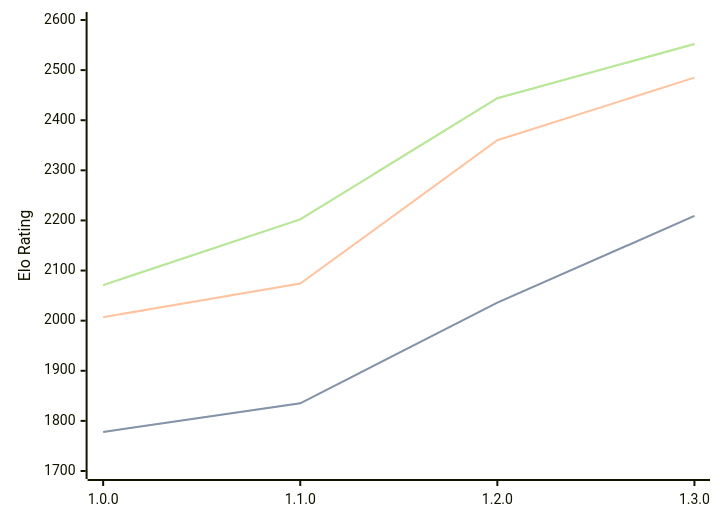
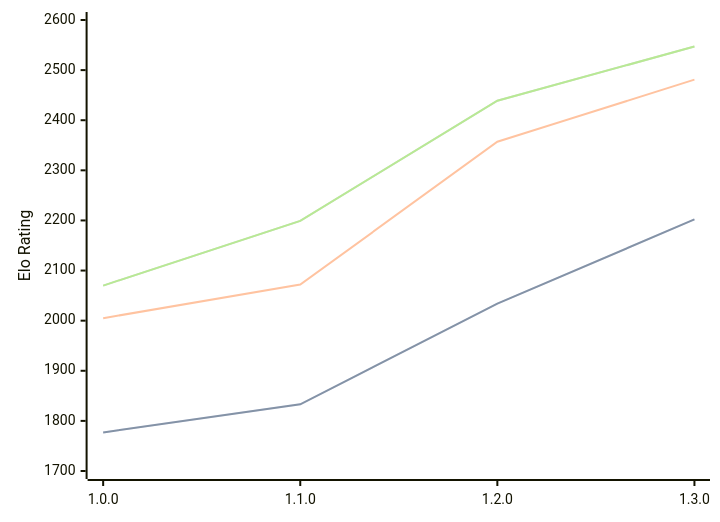
Before and after one commit to computer-chess-index/cci: the diagram in engines/Anodos.md, drawn with Mermaid. The commit also changed other lines of this file, not shown here.

Commit message:
Update CCI Ratings (ELO VLTC) - 2026-05-18

````diff
--- a/engines/Anodos.md
+++ b/engines/Anodos.md
@@ -45,11 +45,11 @@
 ```mermaid
 %%{init: {"theme":"base","themeVariables":{"seriesColors:['#a3a3a3','#222221','#faa371']}}}%%
 xychart-beta
   x-axis ["1.0.0", "1.1.0", "1.2.0", "1.3.0"]
   y-axis "Elo Rating" 1700 --> 2600
-  line "STC (8.0+0.08s)" [1778, 1835, 2036, 2209]
-  line "STC (8.0+0.08s)" [1778, 1835, 2036, 2209]
-  line "LTC (60.0+0.60s)" [2007, 2074, 2360, 2485]
-  line "VLTC (2m24s+1.12s)" [2071, 2202, 2444, 2552]
-  line "VLTC (2m24s+1.12s)" [2071, 2202, 2444, 2552]
+  line "STC (8.0+0.08s)" [1777, 1833, 2034, 2202]
+  line "STC (8.0+0.08s)" [1777, 1833, 2034, 2202]
+  line "LTC (60.0+0.60s)" [2005, 2072, 2357, 2481]
+  line "VLTC (2m24s+1.12s)" [2070, 2199, 2439, 2547]
+  line "VLTC (2m24s+1.12s)" [2070, 2199, 2439, 2547]
 ```
````
